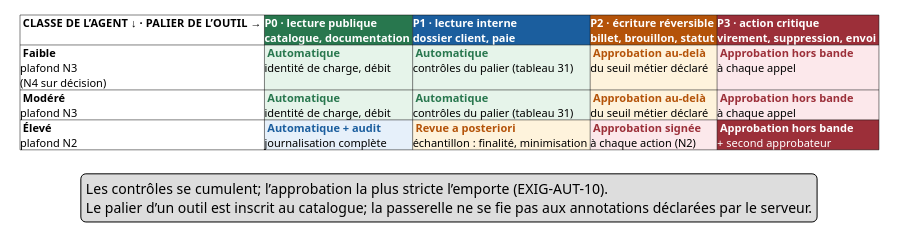
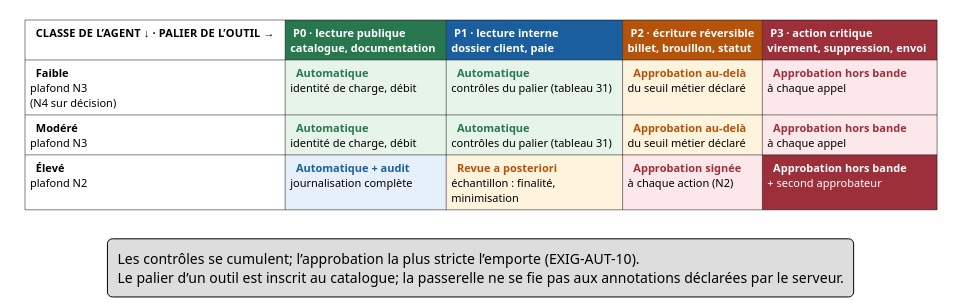
The diagram in 2 - Cadre de Référence/Diagrammes/Figure-15 - Contrôle exigé selon la classe de l'agent et le palier de l'outil.puml (agbruneau/Agentique), drawn with PlantUML before and after one commit. The commit also changed 254 other files, not shown here.

First line of the commit message:
Audit approfondi et correction des Markdown et des 287 diagrammes des 6 ouvrages

```diff
--- a/2 - Cadre de Référence/Diagrammes/Figure-15 - Contrôle exigé selon la classe de l'agent et le palier de l'outil.puml
+++ b/2 - Cadre de Référence/Diagrammes/Figure-15 - Contrôle exigé selon la classe de l'agent et le palier de l'outil.puml
@@ -3,18 +3,19 @@
 @startuml
 skinparam shadowing false
 skinparam roundcorner 10
 skinparam defaultFontName "Segoe UI"
 skinparam defaultFontSize 11
+skinparam Padding 5
 
 card Matrice #FFFFFF;line:FFFFFF [
-  |= CLASSE DE L’AGENT ↓ · PALIER DE L’OUTIL → |= <#28774E><color:#FFFFFF>**P0 · lecture publique**</color>\n<color:#FFFFFF>catalogue, documentation</color> |= <#1B5E9E><color:#FFFFFF>**P1 · lecture interne**</color>\n<color:#FFFFFF>dossier client, paie</color> |= <#B45309><color:#FFFFFF>**P2 · écriture réversible**</color>\n<color:#FFFFFF>billet, brouillon, statut</color> |= <#9C2F39><color:#FFFFFF>**P3 · action critique**</color>\n<color:#FFFFFF>virement, suppression, envoi</color> |
-  | **Faible**\nplafond N3\n(N4 sur décision) | <#E6F4EA> <color:#28774E>**Automatique**</color>\nidentité de charge, débit | <#E6F4EA> <color:#28774E>**Automatique**</color>\ncontrôles du palier (tableau 31) | <#FEF3DC> <color:#B45309>**Approbation au-delà**</color>\ndu seuil métier déclaré | <#FCE8EB> <color:#9C2F39>**Approbation hors bande**</color>\nà chaque appel |
-  | **Modéré**\nplafond N3 | <#E6F4EA> <color:#28774E>**Automatique**</color>\nidentité de charge, débit | <#E6F4EA> <color:#28774E>**Automatique**</color>\ncontrôles du palier (tableau 31) | <#FEF3DC> <color:#B45309>**Approbation au-delà**</color>\ndu seuil métier déclaré | <#FCE8EB> <color:#9C2F39>**Approbation hors bande**</color>\nà chaque appel |
-  | **Élevé**\nplafond N2 | <#E6F0FA> <color:#1B5E9E>**Automatique + audit**</color>\njournalisation complète | <#FEF3DC> <color:#B45309>**Revue a posteriori**</color>\néchantillon : finalité, minimisation | <#FCE8EB> <color:#9C2F39>**Approbation signée**</color>\nà chaque action (N2) | <#9C2F39> <color:#FFFFFF>**Approbation hors bande**</color>\n<color:#FFFFFF>+ second approbateur</color> |
+  |=  CLASSE DE L’AGENT ↓ · PALIER DE L’OUTIL →  |=<#28774E> <color:#FFFFFF>**P0 · lecture publique**</color>\n<color:#FFFFFF>catalogue, documentation</color>  |=<#1B5E9E> <color:#FFFFFF>**P1 · lecture interne**</color>\n<color:#FFFFFF>dossier client, paie</color>  |=<#B45309> <color:#FFFFFF>**P2 · écriture réversible**</color>\n<color:#FFFFFF>billet, brouillon, statut</color>  |=<#9C2F39> <color:#FFFFFF>**P3 · action critique**</color>\n<color:#FFFFFF>virement, suppression, envoi</color>  |
+  |  **Faible**\nplafond N3\n(N4 sur décision)  |<#E6F4EA>  <color:#28774E>**Automatique**</color>\nidentité de charge, débit  |<#E6F4EA>  <color:#28774E>**Automatique**</color>\ncontrôles du palier (tableau 31)  |<#FEF3DC>  <color:#B45309>**Approbation au-delà**</color>\ndu seuil métier déclaré  |<#FCE8EB>  <color:#9C2F39>**Approbation hors bande**</color>\nà chaque appel  |
+  |  **Modéré**\nplafond N3  |<#E6F4EA>  <color:#28774E>**Automatique**</color>\nidentité de charge, débit  |<#E6F4EA>  <color:#28774E>**Automatique**</color>\ncontrôles du palier (tableau 31)  |<#FEF3DC>  <color:#B45309>**Approbation au-delà**</color>\ndu seuil métier déclaré  |<#FCE8EB>  <color:#9C2F39>**Approbation hors bande**</color>\nà chaque appel  |
+  |  **Élevé**\nplafond N2  |<#E6F0FA>  <color:#1B5E9E>**Automatique + audit**</color>\njournalisation complète  |<#FEF3DC>  <color:#B45309>**Revue a posteriori**</color>\néchantillon : finalité,\nminimisation  |<#FCE8EB>  <color:#9C2F39>**Approbation signée**</color>\nà chaque action (N2)  |<#9C2F39>  <color:#FFFFFF>**Approbation hors bande**</color>\n<color:#FFFFFF>+ second approbateur</color>  |
 ]
 
 legend bottom
   Les contrôles se cumulent; l’approbation la plus stricte l’emporte (EXIG-AUT-10).
   Le palier d’un outil est inscrit au catalogue; la passerelle ne se fie pas aux annotations déclarées par le serveur.
 endlegend
 @enduml
```
